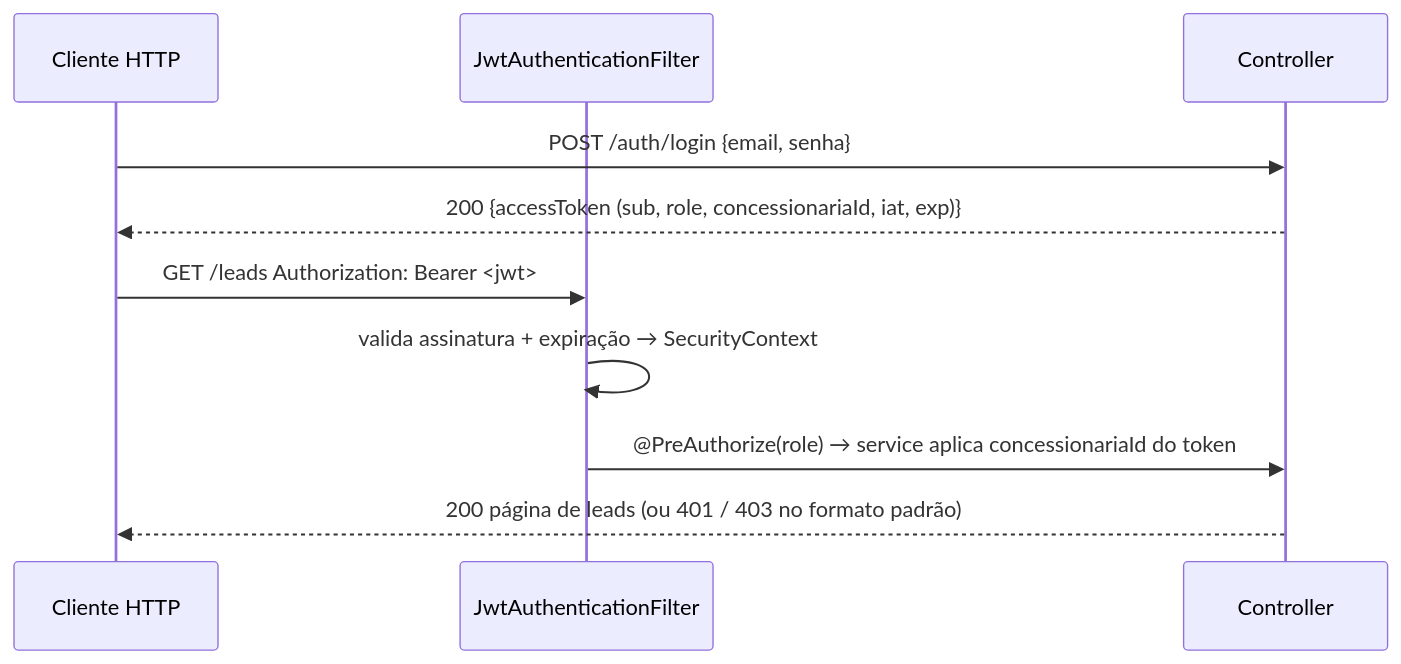
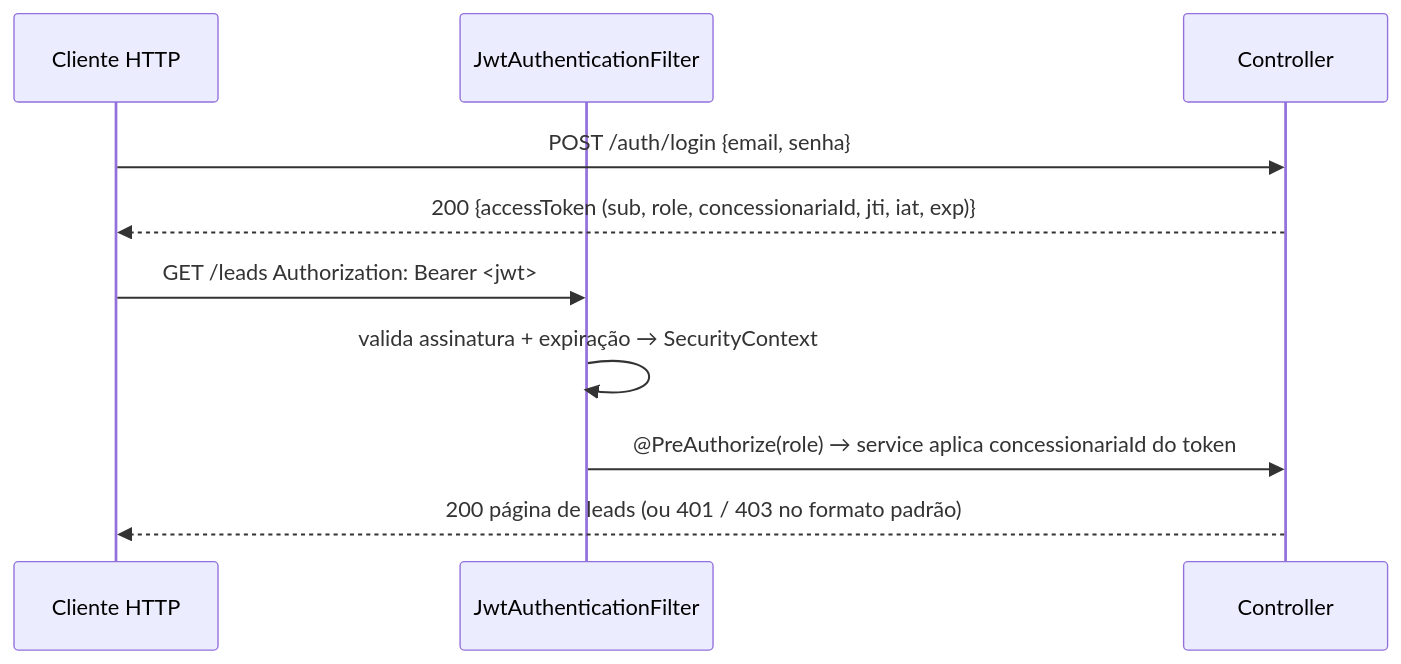
One commit to 3ESPG/Sprint3-SOA-Java changed the second of 2 diagrams in README.md. Above: the diagram before and after it, drawn with Mermaid. The commit also changed other lines of this file and 2 other files, not shown here.

````diff
--- a/README.md
+++ b/README.md
@@ -79,12 +83,12 @@
 ```mermaid
 sequenceDiagram
     participant C as Cliente HTTP
     participant F as JwtAuthenticationFilter
     participant Ctl as Controller
     C->>Ctl: POST /auth/login {email, senha}
-    Ctl-->>C: 200 {accessToken (sub, role, concessionariaId, iat, exp)}
+    Ctl-->>C: 200 {accessToken (sub, role, concessionariaId, jti, iat, exp)}
     C->>F: GET /leads  Authorization: Bearer <jwt>
     F->>F: valida assinatura + expiração → SecurityContext
     F->>Ctl: @PreAuthorize(role) → service aplica concessionariaId do token
     Ctl-->>C: 200 página de leads (ou 401 / 403 no formato padrão)
 ```
````
